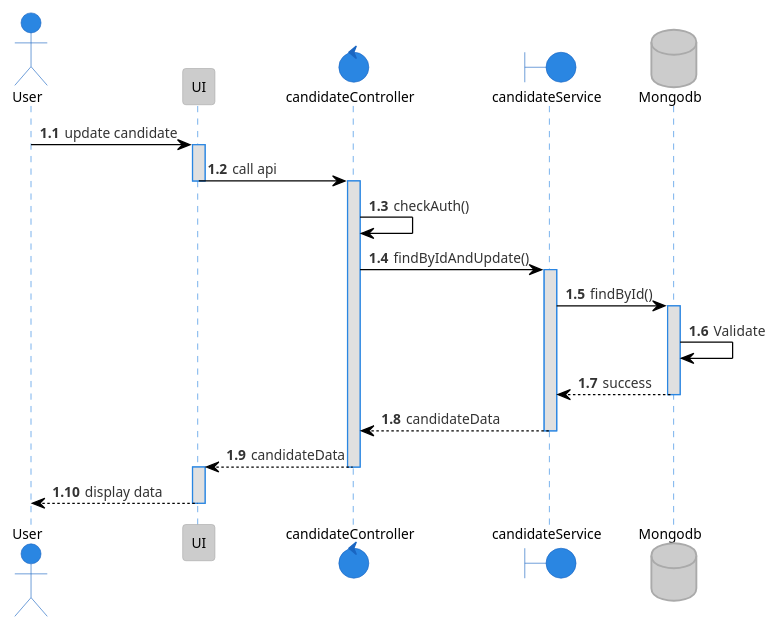
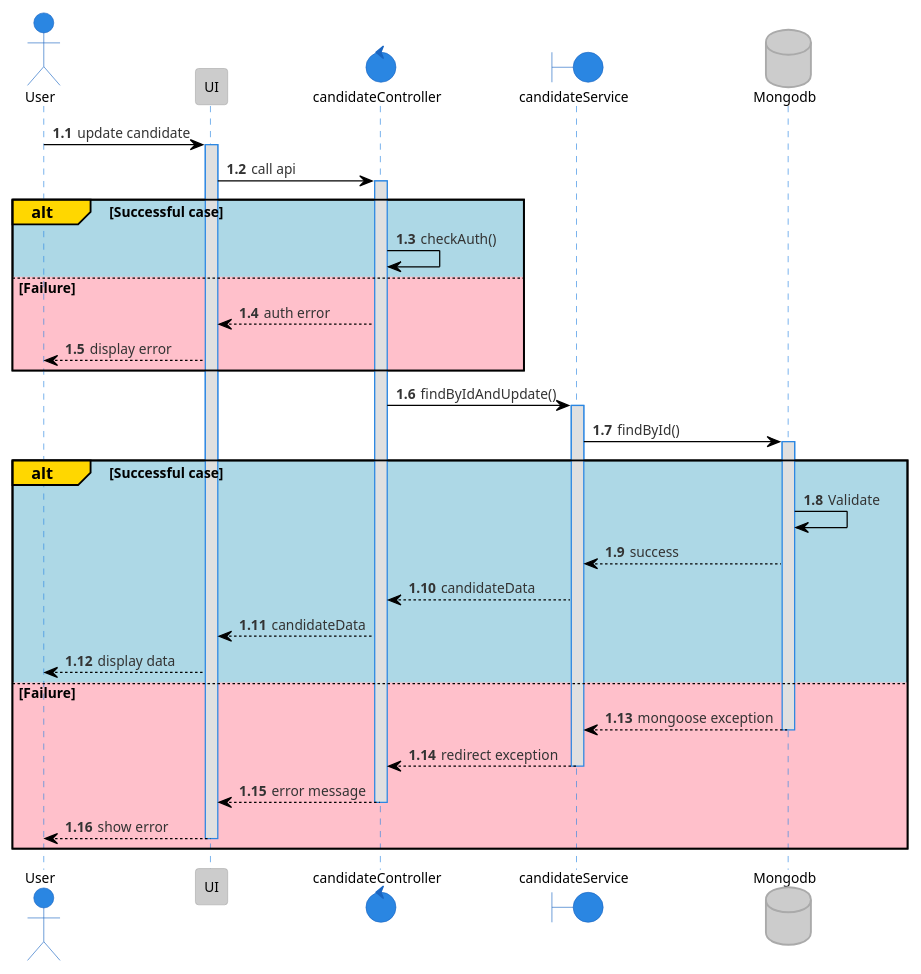
Before and after one commit to tuannm99/RMS: the diagram in plantuml/sequence/candidate/editCandidate.puml, drawn with PlantUML. The commit also changed 1 other file, not shown here.

Commit message:
update - candidate sequence

```diff
--- a/plantuml/sequence/candidate/editCandidate.puml
+++ b/plantuml/sequence/candidate/editCandidate.puml
@@ -1,33 +1,47 @@
 @startuml updateCandidate
 !theme reddress-lightblue
 
 autonumber 1.1
 actor User
 participant UI
 control  candidateController
 boundary candidateService
 database Mongodb
 
 
 User -> UI: update candidate
 activate UI
 UI -> candidateController: call api
-deactivate UI
 activate candidateController
-candidateController -> candidateController: checkAuth()
+alt#Gold #LightBlue Successful case
+    candidateController -> candidateController: checkAuth()
+else #Pink Failure
+    candidateController --> UI: auth error
+    UI --> User: display error
+end
+
 candidateController -> candidateService: findByIdAndUpdate()
 activate candidateService
 candidateService -> Mongodb: findById()
-activate Mongodb
-Mongodb -> Mongodb: Validate
-Mongodb --> candidateService: success
-deactivate Mongodb
-candidateService --> candidateController: candidateData
-deactivate candidateService
-candidateController --> UI: candidateData
-deactivate candidateController
-activate UI
-UI --> User: display data
-deactivate UI
+
+alt#Gold #LightBlue Successful case
+    activate Mongodb
+    Mongodb -> Mongodb: Validate
+    Mongodb --> candidateService: success
+    candidateService --> candidateController: candidateData
+    candidateController --> UI: candidateData
+    UI --> User: display data
+else #Pink Failure
+    Mongodb --> candidateService: mongoose exception
+    deactivate Mongodb
+    candidateService --> candidateController: redirect exception
+    deactivate candidateService
+    candidateController --> UI: error message
+    deactivate candidateController
+    UI --> User: show error
+    deactivate Mongodb
+    deactivate UI
+end
+
 
 @enduml
```
